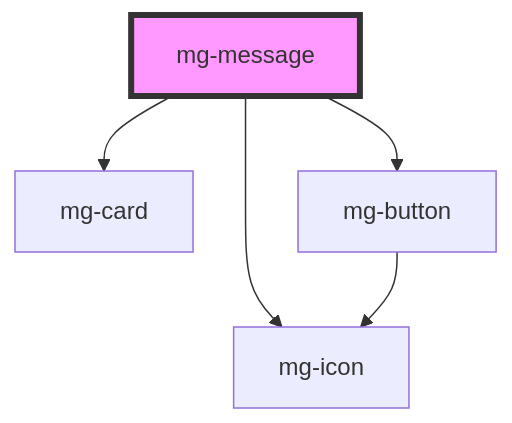
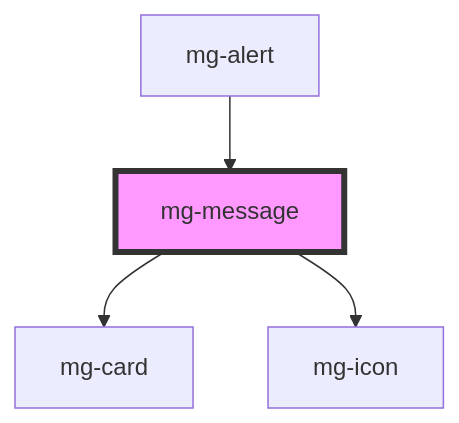
The diagram in packages/mg-components/src/components/molecules/mg-message/readme.md (MGDIS/core-ui), drawn with Mermaid before and after one commit. The commit also changed other lines of this file and 67 other files, not shown here.

First line of the commit message:
feat(mgMessage/mgAlert): move mg-message alert features in a new mg-alert component

````diff
--- a/packages/mg-components/src/components/molecules/mg-message/readme.md
+++ b/packages/mg-components/src/components/molecules/mg-message/readme.md
@@ -61,8 +46,7 @@
 ```mermaid
 graph TD;
   mg-message --> mg-card
   mg-message --> mg-icon
-  mg-message --> mg-button
-  mg-button --> mg-icon
+  mg-alert --> mg-message
   style mg-message fill:#f9f,stroke:#333,stroke-width:4px
 ```
````
